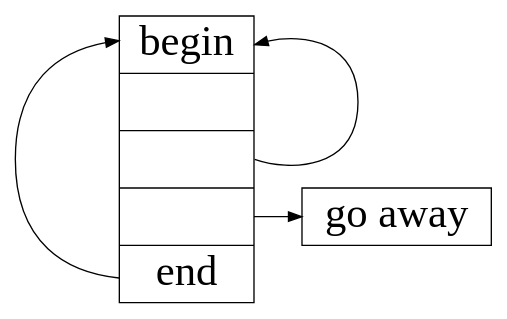
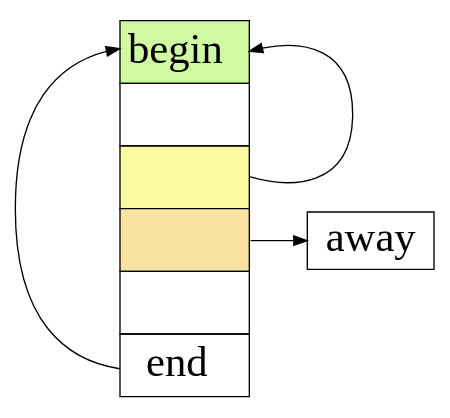
One commit to shoorick/slide-python changed the diagram in images/loop.dot. Above: the diagram before and after it, drawn with Graphviz. The commit also changed 1 other file, not shown here.

Commit message:
Replace record by HTML table

```diff
--- a/images/loop.dot
+++ b/images/loop.dot
@@ -1,10 +1,22 @@
 digraph G {
     graph [ rankdir = LR, overlap=false ]
     node [ shape=box, style=filled, fillcolor=white, fontname="PT Mono", fontsize=32 ]
 
-    loop [ shape="record", label="<begin> begin||<middle> |<exit>|<end> end"]
+    loop [
+        shape=none,
+        label=<
+            <table border="0" cellspacing="0" cellpadding="5">
+                <tr><td port="begin" border="1" bgcolor="#d0faa2">begin</td></tr>
+                <tr><td port="p1" border="1"> </td></tr>
+                <tr><td port="middle" border="1" bgcolor="#fafaa2"> </td></tr>
+                <tr><td port="exit" border="1" bgcolor="#fae3a2"> </td></tr>
+                <tr><td port="p4" border="1"> </td></tr>
+                <tr><td port="end" border="1">end</td></tr>
+            </table>
+        >
+    ]
 
     loop:middle:e -> loop:begin:e
     loop:end    -> loop:begin
-    loop:exit   -> "go away"
+    loop:exit   -> "away"
 }
```
